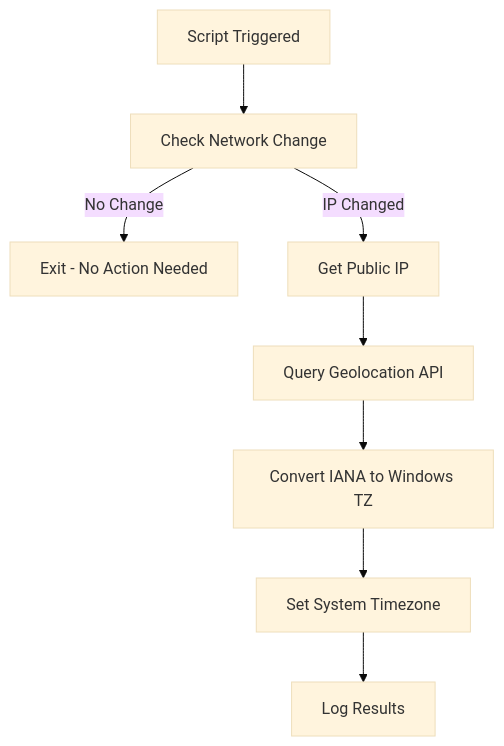
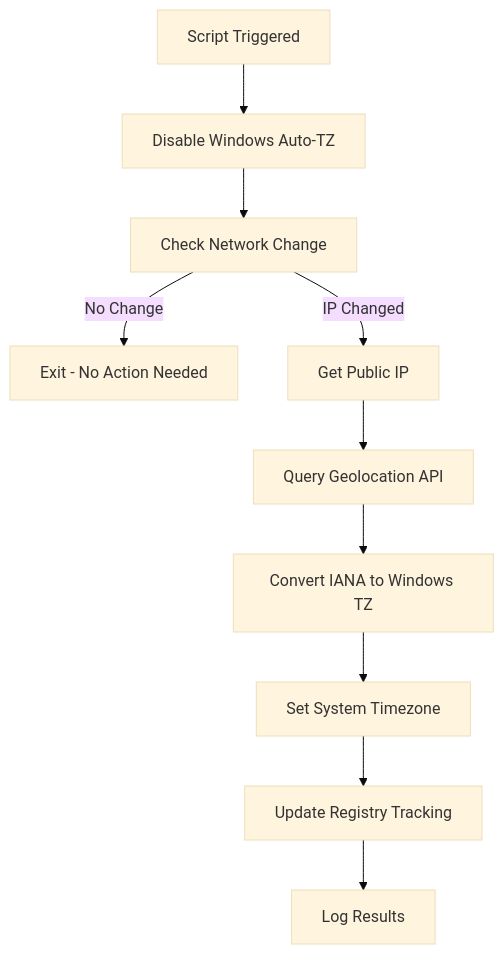
Before and after one commit to ghostinator/SysAdminPSSorcery: the diagram in Windows/TimeZoneAuto-Configuration/README.md, drawn with Mermaid (base theme). The commit also changed other lines of this file and 1 other file, not shown here.

Commit message:
Disables Windows Location TimeZone setting feature

````diff
--- a/Windows/TimeZoneAuto-Configuration/README.md
+++ b/Windows/TimeZoneAuto-Configuration/README.md
@@ -92,10 +122,12 @@
 ```mermaid
 graph TD
-    A[Script Triggered] --> B[Check Network Change]
-    B -->|No Change| C[Exit - No Action Needed]
-    B -->|IP Changed| D[Get Public IP]
-    D --> E[Query Geolocation API]
-    E --> F[Convert IANA to Windows TZ]
-    F --> G[Set System Timezone]
-    G --> H[Log Results]
+    A[Script Triggered] --> B[Disable Windows Auto-TZ]
+    B --> C[Check Network Change]
+    C -->|No Change| D[Exit - No Action Needed]
+    C -->|IP Changed| E[Get Public IP]
+    E --> F[Query Geolocation API]
+    F --> G[Convert IANA to Windows TZ]
+    G --> H[Set System Timezone]
+    H --> I[Update Registry Tracking]
+    I --> J[Log Results]
 ```
````
